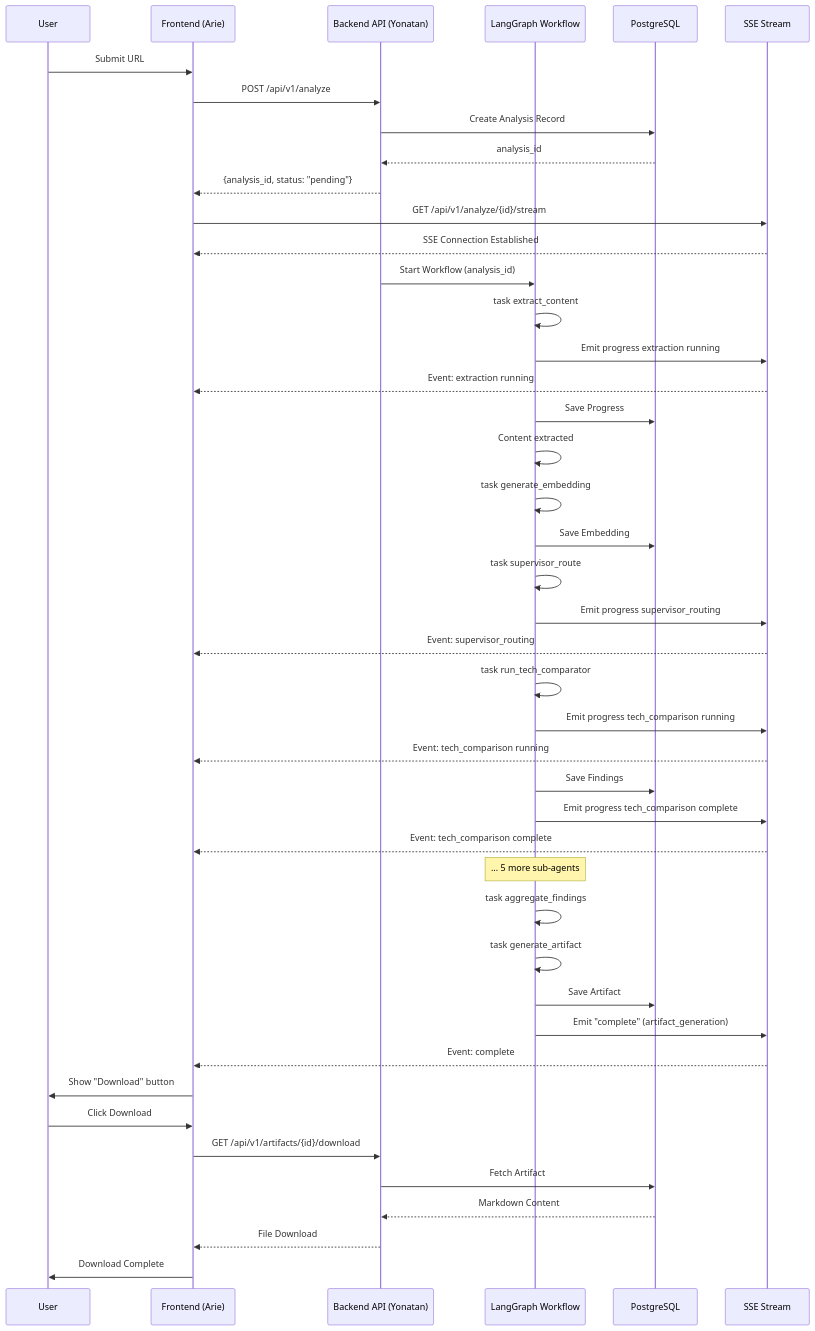
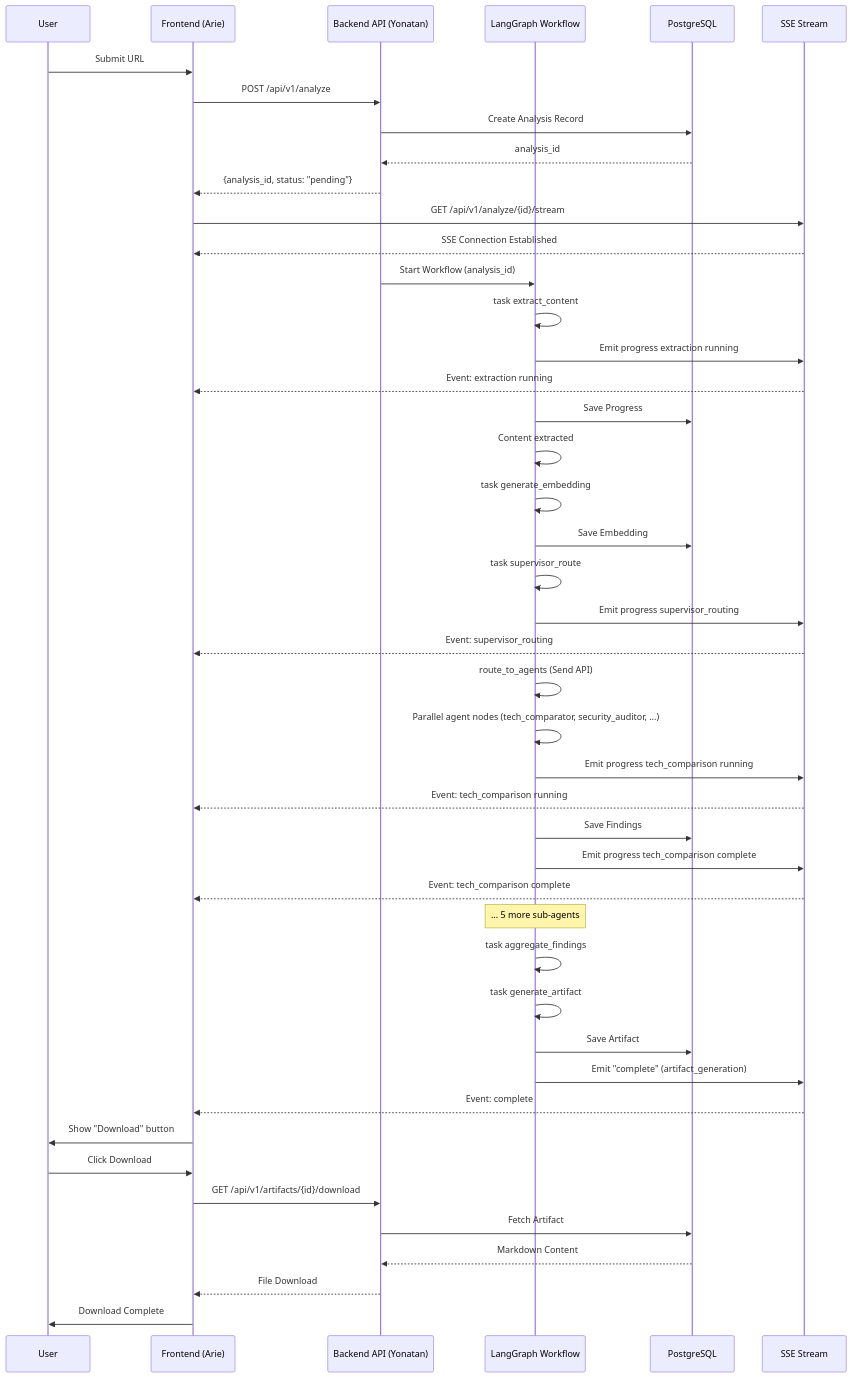
One commit to ArieGoldkin/SkillForge changed the fourth of 11 diagrams in docs/ARCHITECTURE.md. Above: the diagram before and after it, drawn with Mermaid. The commit also changed other lines of this file, not shown here.

First line of the commit message:
docs: update architecture diagram for Send API parallel execution

````diff
--- a/docs/ARCHITECTURE.md
+++ b/docs/ARCHITECTURE.md
@@ -315,56 +333,57 @@
 ```mermaid
 sequenceDiagram
     participant U as User
     participant F as Frontend (Arie)
     participant B as Backend API (Yonatan)
     participant W as LangGraph Workflow
     participant DB as PostgreSQL
     participant SSE as SSE Stream
     
     U->>F: Submit URL
     F->>B: POST /api/v1/analyze
     B->>DB: Create Analysis Record
     DB-->>B: analysis_id
     B-->>F: {analysis_id, status: "pending"}
     
     F->>SSE: GET /api/v1/analyze/{id}/stream
     SSE-->>F: SSE Connection Established
     
     B->>W: Start Workflow (analysis_id)
     
     W->>W: task extract_content
     W->>SSE: Emit progress extraction running
     SSE-->>F: Event: extraction running
     W->>DB: Save Progress
     W->>W: Content extracted
     
     W->>W: task generate_embedding
     W->>DB: Save Embedding
     
     W->>W: task supervisor_route
     W->>SSE: Emit progress supervisor_routing
     SSE-->>F: Event: supervisor_routing
     
-    W->>W: task run_tech_comparator
+    W->>W: route_to_agents (Send API)
+    W->>W: Parallel agent nodes (tech_comparator, security_auditor, ...)
     W->>SSE: Emit progress tech_comparison running
     SSE-->>F: Event: tech_comparison running
     W->>DB: Save Findings
     W->>SSE: Emit progress tech_comparison complete
     SSE-->>F: Event: tech_comparison complete
     
     Note over W: ... 5 more sub-agents
     
     W->>W: task aggregate_findings
     W->>W: task generate_artifact
     W->>DB: Save Artifact
     W->>SSE: Emit "complete" (artifact_generation)
     SSE-->>F: Event: complete
     F->>U: Show "Download" button
     
     U->>F: Click Download
     F->>B: GET /api/v1/artifacts/{id}/download
     B->>DB: Fetch Artifact
     DB-->>B: Markdown Content
     B-->>F: File Download
     F->>U: Download Complete
 ```
````
